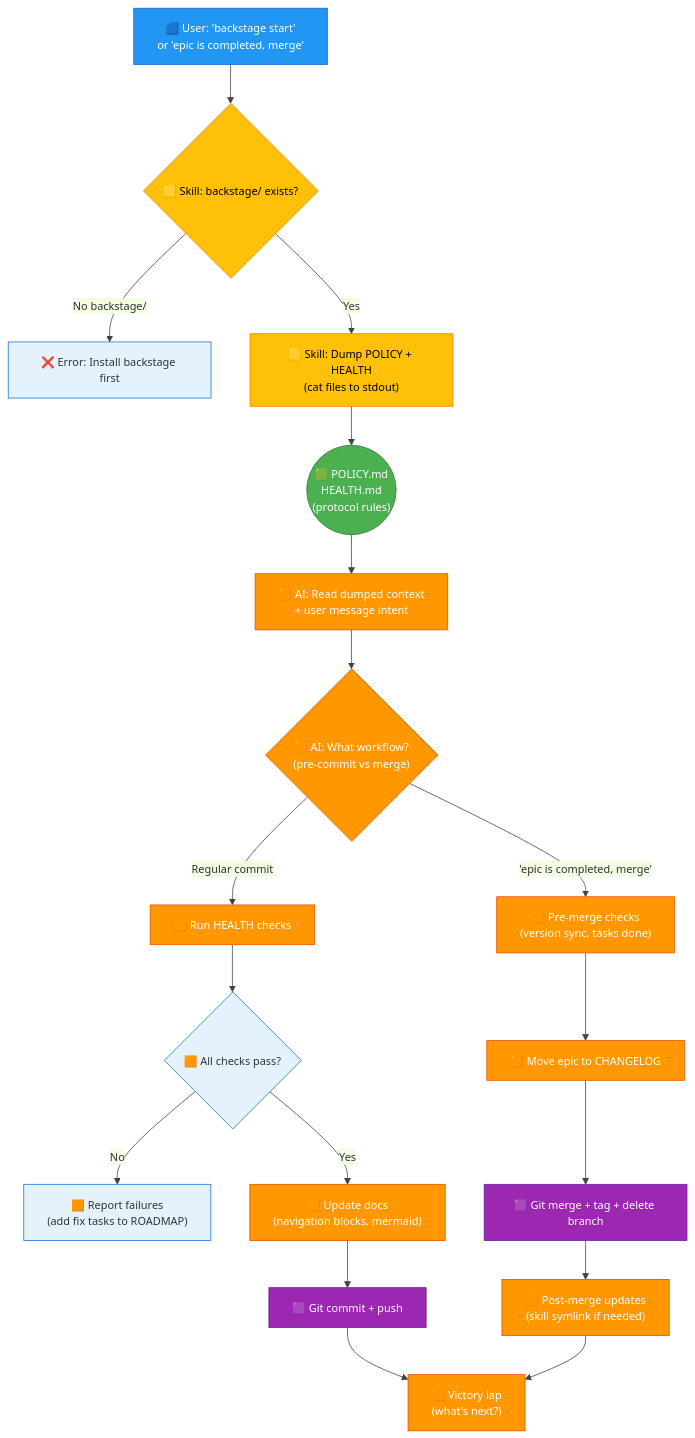
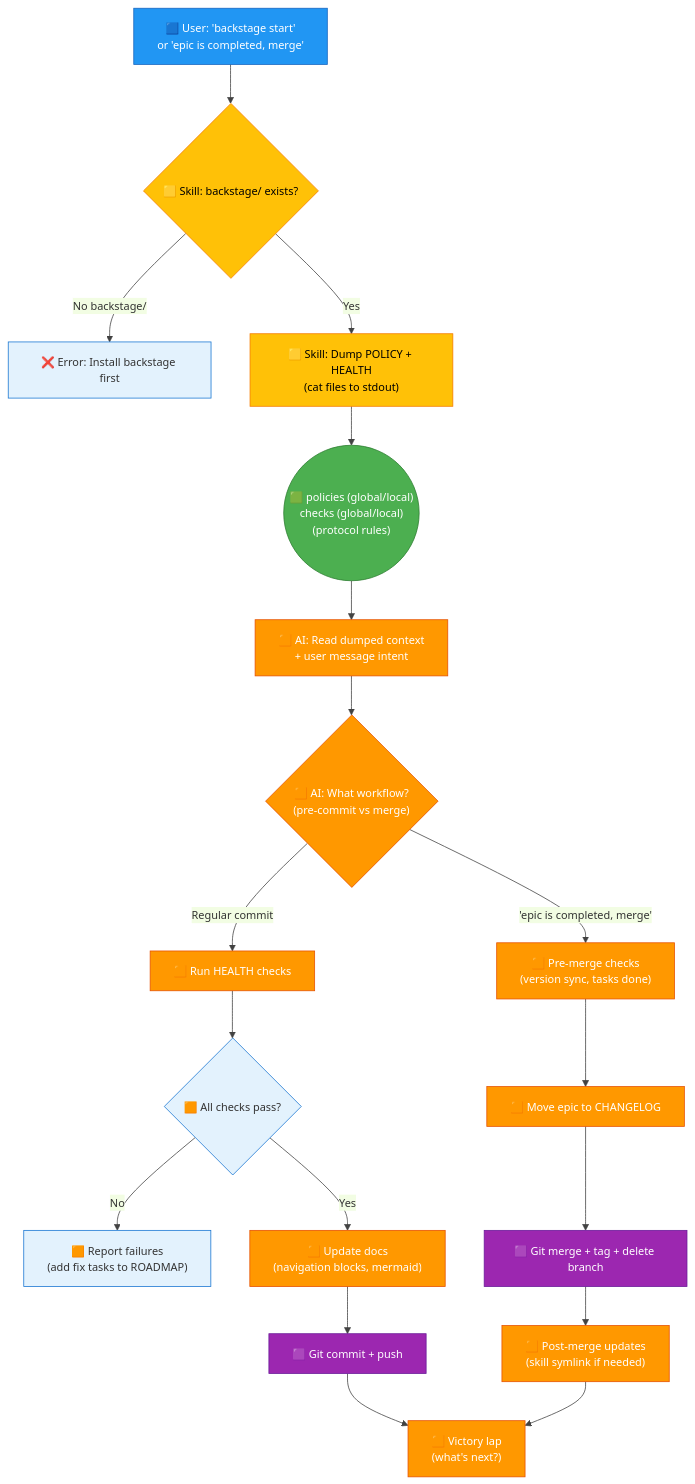
One commit to nonlinear/backstage changed the diagram in backstage/epic-notes/policy-design-architecture.md. Above: the diagram before and after it, drawn with Mermaid. The commit also changed other lines of this file and 11 other files, not shown here.

Commit message:
Generalize epic notes: POLICY.md/HEALTH.md → policies/checks references

````diff
--- a/backstage/epic-notes/policy-design-architecture.md
+++ b/backstage/epic-notes/policy-design-architecture.md
@@ -33,73 +33,73 @@
 ```mermaid
 %%{init: {'theme':'base', 'themeVariables': { 'fontSize':'14px', 'primaryColor':'#e3f2fd', 'primaryBorderColor':'#1976d2', 'lineColor':'#424242'}}}%%
 
 flowchart TD
     %% User Input
     USER_TRIGGER["🟦 User: 'backstage start'<br/>or 'epic is completed, merge'"]
     
     %% Skill Wrapper (THIN)
     SKILL_CHECK{"🟨 Skill: backstage/ exists?"}
     SKILL_DUMP["🟨 Skill: Dump POLICY + HEALTH<br/>(cat files to stdout)"]
     
     %% POLICY/HEALTH (INTELLIGENCE)
-    POLICY_READ(("🟩 POLICY.md<br/>HEALTH.md<br/>(protocol rules)"))
+    POLICY_READ(("🟩 policies (global/local)<br/>checks (global/local)<br/>(protocol rules)"))
     
     %% AI Reads Context
     AI_READ["🟧 AI: Read dumped context<br/>+ user message intent"]
     AI_DECIDE{"🟧 AI: What workflow?<br/>(pre-commit vs merge)"}
     
     %% Pre-Commit Workflow
     AI_HEALTH["🟧 Run HEALTH checks"]
     AI_HEALTH_PASS{"🟧 All checks pass?"}
     AI_UPDATE["🟧 Update docs<br/>(navigation blocks, mermaid)"]
     AI_COMMIT["🟪 Git commit + push"]
     AI_VICTORY["🟧 Victory lap<br/>(what's next?)"]
     
     %% Merge Workflow
     AI_MERGE_CHECK["🟧 Pre-merge checks<br/>(version sync, tasks done)"]
     AI_MERGE_CHANGELOG["🟧 Move epic to CHANGELOG"]
     AI_MERGE_GIT["🟪 Git merge + tag + delete branch"]
     AI_MERGE_POST["🟧 Post-merge updates<br/>(skill symlink if needed)"]
     
     %% Connections
     USER_TRIGGER --> SKILL_CHECK
     
     SKILL_CHECK -->|No backstage/| ERROR_INSTALL["❌ Error: Install backstage first"]
     SKILL_CHECK -->|Yes| SKILL_DUMP
     
     SKILL_DUMP --> POLICY_READ
     POLICY_READ --> AI_READ
     
     AI_READ --> AI_DECIDE
     
     %% Pre-commit path
     AI_DECIDE -->|"Regular commit"| AI_HEALTH
     AI_HEALTH --> AI_HEALTH_PASS
     AI_HEALTH_PASS -->|No| FIX_REPORT["🟧 Report failures<br/>(add fix tasks to ROADMAP)"]
     AI_HEALTH_PASS -->|Yes| AI_UPDATE
     AI_UPDATE --> AI_COMMIT
     AI_COMMIT --> AI_VICTORY
     
     %% Merge path
     AI_DECIDE -->|"'epic is completed, merge'"| AI_MERGE_CHECK
     AI_MERGE_CHECK --> AI_MERGE_CHANGELOG
     AI_MERGE_CHANGELOG --> AI_MERGE_GIT
     AI_MERGE_GIT --> AI_MERGE_POST
     AI_MERGE_POST --> AI_VICTORY
     
     %% Style
     style USER_TRIGGER fill:#2196F3,stroke:#1565C0,color:#fff
     style SKILL_CHECK fill:#FFC107,stroke:#F57C00,color:#000
     style SKILL_DUMP fill:#FFC107,stroke:#F57C00,color:#000
     style POLICY_READ fill:#4CAF50,stroke:#2E7D32,color:#fff
     style AI_READ fill:#FF9800,stroke:#E65100,color:#fff
     style AI_DECIDE fill:#FF9800,stroke:#E65100,color:#fff
     style AI_HEALTH fill:#FF9800,stroke:#E65100,color:#fff
     style AI_UPDATE fill:#FF9800,stroke:#E65100,color:#fff
     style AI_COMMIT fill:#9C27B0,stroke:#6A1B9A,color:#fff
     style AI_VICTORY fill:#FF9800,stroke:#E65100,color:#fff
     style AI_MERGE_CHECK fill:#FF9800,stroke:#E65100,color:#fff
     style AI_MERGE_CHANGELOG fill:#FF9800,stroke:#E65100,color:#fff
     style AI_MERGE_GIT fill:#9C27B0,stroke:#6A1B9A,color:#fff
     style AI_MERGE_POST fill:#FF9800,stroke:#E65100,color:#fff
 ```
````
